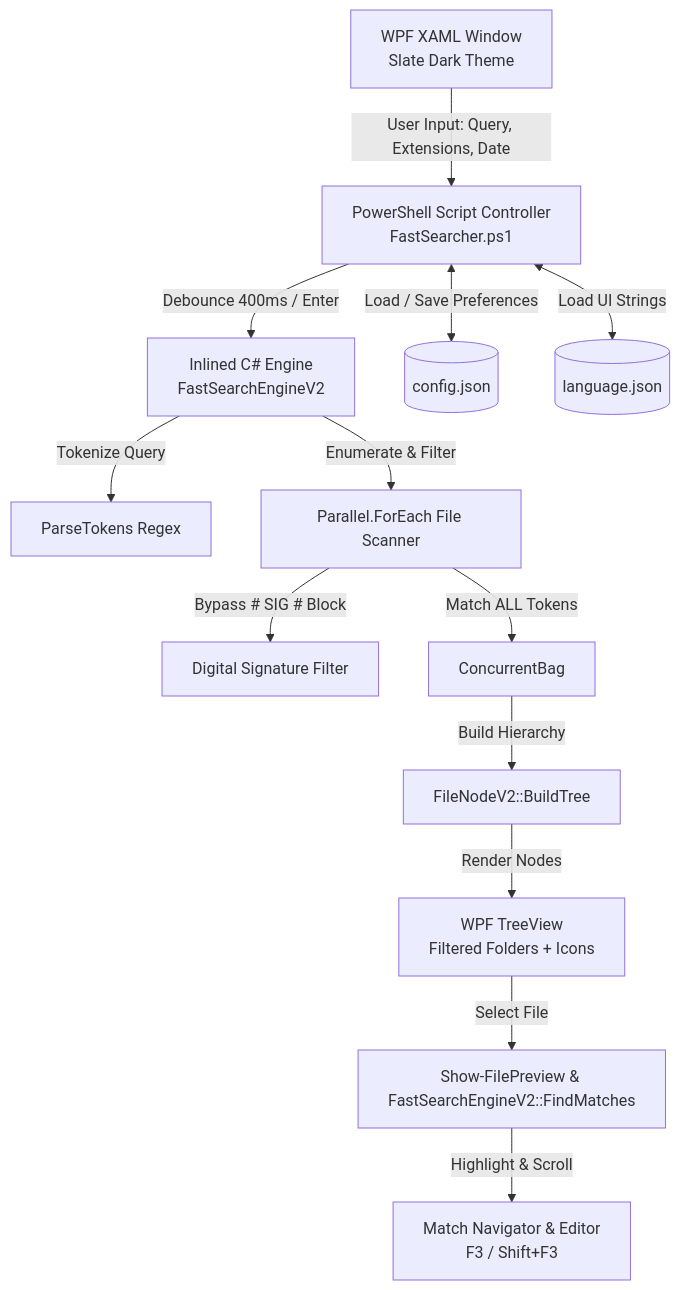
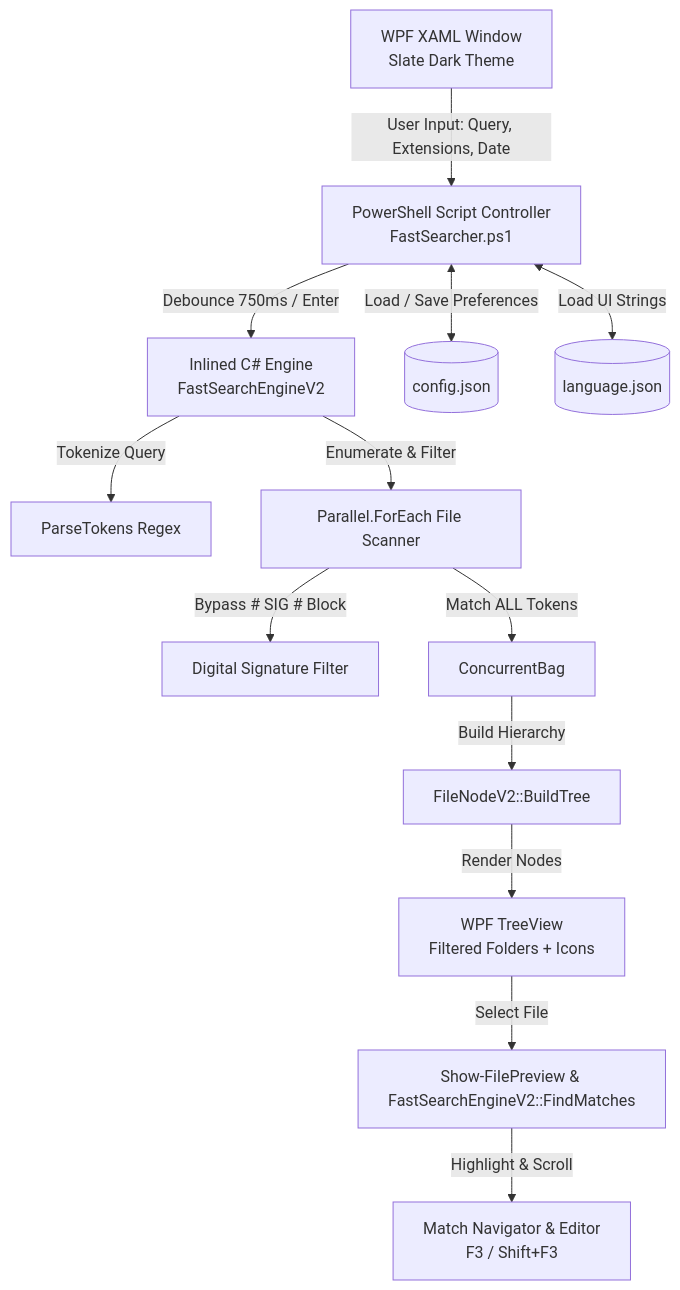
The diagram in README.md (amnich/FastSearcher), drawn with Mermaid before and after one commit. The commit also changed other lines of this file and 5 other files, not shown here.

````diff
--- a/README.md
+++ b/README.md
@@ -116,15 +131,15 @@
 ```mermaid
 flowchart TD
     UI[WPF XAML Window\nSlate Dark Theme] -->|User Input: Query, Extensions, Date| Controller[PowerShell Script Controller\nFastSearcher.ps1]
-    Controller -->|Debounce 400ms / Enter| Engine[Inlined C# Engine\nFastSearchEngineV2]
+    Controller -->|Debounce 750ms / Enter| Engine[Inlined C# Engine\nFastSearchEngineV2]
     Engine -->|Tokenize Query| Tokenizer[ParseTokens Regex]
     Engine -->|Enumerate & Filter| Scanner[Parallel.ForEach File Scanner]
     Scanner -->|Bypass # SIG # Block| SigFilter[Digital Signature Filter]
     Scanner -->|Match ALL Tokens| Results[ConcurrentBag<SearchResultItemV2>]
     Results -->|Build Hierarchy| TreeBuilder[FileNodeV2::BuildTree]
     TreeBuilder -->|Render Nodes| TreeView[WPF TreeView\nFiltered Folders + Icons]
     TreeView -->|Select File| Preview[Show-FilePreview & FastSearchEngineV2::FindMatches]
     Preview -->|Highlight & Scroll| MatchNav[Match Navigator & Editor\nF3 / Shift+F3]
     Controller <-->|Load / Save Preferences| Config[(config.json)]
     Controller <-->|Load UI Strings| Lang[(language.json)]
 ```
````
